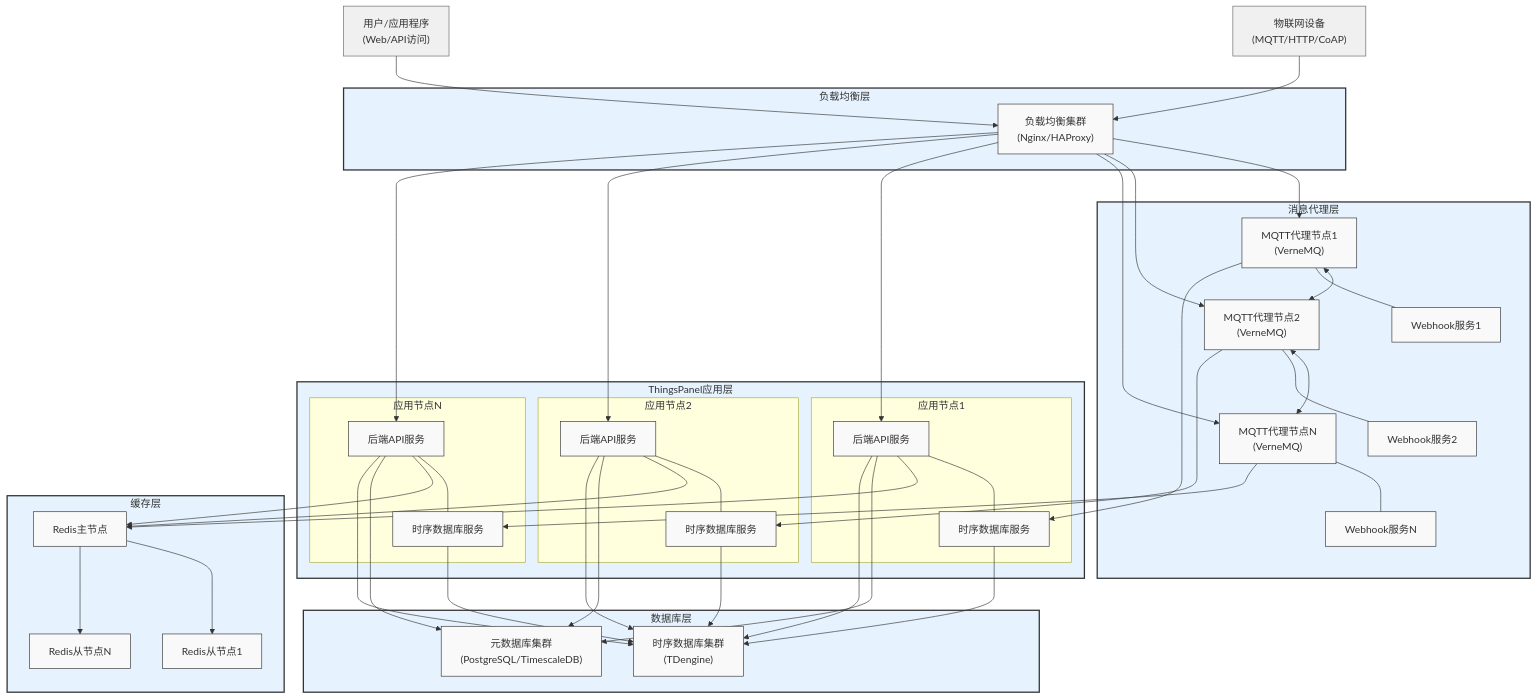
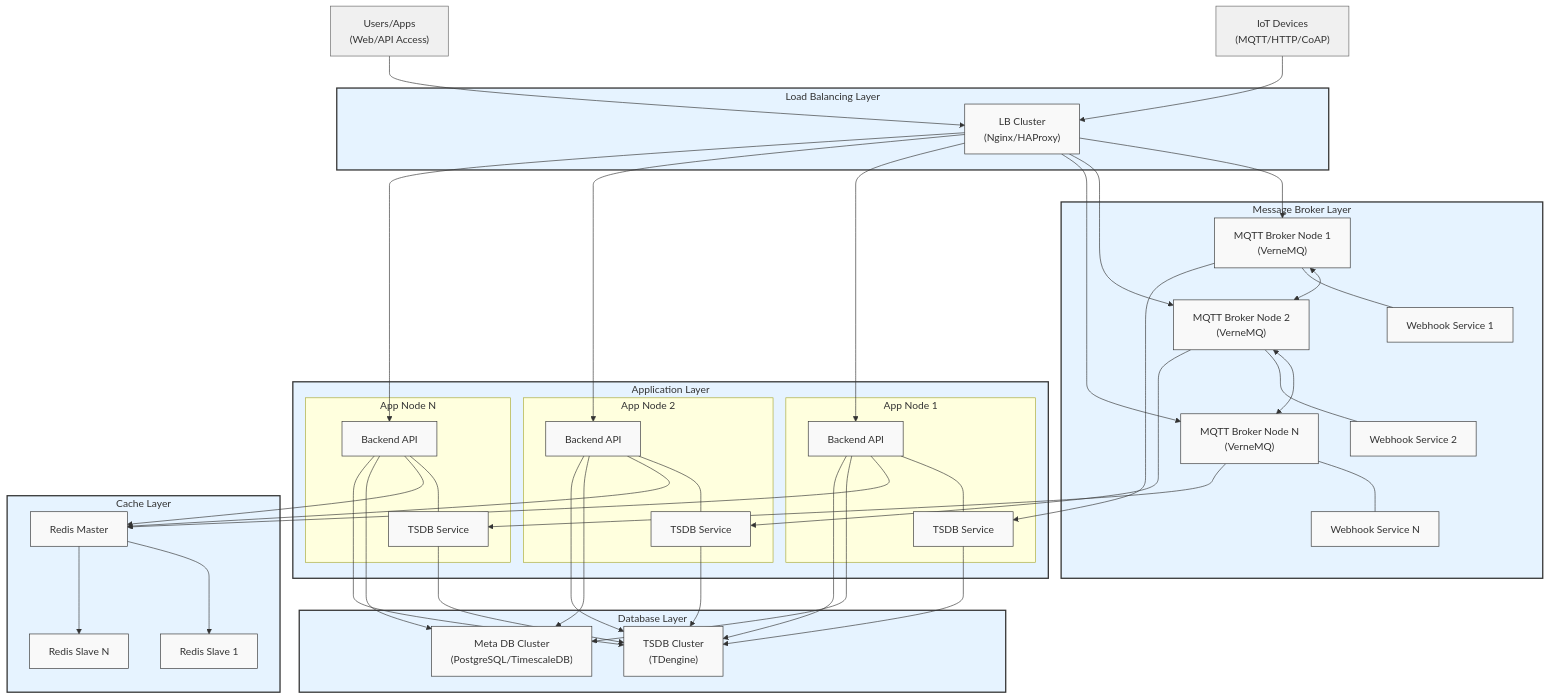
One commit to ThingsPanel/thingspanel.github.io changed the diagram in docs/installation/cluster_deploy.md. Above: the diagram before and after it, drawn with Mermaid. The commit also changed other lines of this file and 587 other files, not shown here.

````diff
--- a/docs/installation/cluster_deploy.md
+++ b/docs/installation/cluster_deploy.md
@@ -9,54 +9,54 @@
 ```mermaid
 flowchart TB
-    %% 外部连接
-    devices["物联网设备<br>(MQTT/HTTP/CoAP)"]
-    users["用户/应用程序<br>(Web/API访问)"]
+    %% External Connections
+    devices["IoT Devices<br>(MQTT/HTTP/CoAP)"]
+    users["Users/Apps<br>(Web/API Access)"]
 
-    %% 负载均衡层
-    subgraph LB["负载均衡层"]
-        lb["负载均衡集群<br>(Nginx/HAProxy)"]
+    %% Load Balancer Layer
+    subgraph LB["Load Balancing Layer"]
+        lb["LB Cluster<br>(Nginx/HAProxy)"]
     end
 
-    %% MQTT代理层
-    subgraph MB["消息代理层"]
-        mqtt1["MQTT代理节点1<br>(VerneMQ)"]
-        mqtt2["MQTT代理节点2<br>(VerneMQ)"]
-        mqtt3["MQTT代理节点N<br>(VerneMQ)"]
-        webhook1["Webhook服务1"]
-        webhook2["Webhook服务2"]
-        webhook3["Webhook服务N"]
+    %% Message Broker Layer
+    subgraph MB["Message Broker Layer"]
+        mqtt1["MQTT Broker Node 1<br>(VerneMQ)"]
+        mqtt2["MQTT Broker Node 2<br>(VerneMQ)"]
+        mqtt3["MQTT Broker Node N<br>(VerneMQ)"]
+        webhook1["Webhook Service 1"]
+        webhook2["Webhook Service 2"]
+        webhook3["Webhook Service N"]
     end
 
-    %% ThingsPanel应用层
-    subgraph APP["ThingsPanel应用层"]
-        subgraph TP1["应用节点1"]
-            api1["后端API服务"]
-            tdengine1["时序数据库服务"]
+    %% Application Layer
+    subgraph APP["Application Layer"]
+        subgraph TP1["App Node 1"]
+            api1["Backend API"]
+            tdengine1["TSDB Service"]
         end
-        subgraph TP2["应用节点2"]
-            api2["后端API服务"]
-            tdengine2["时序数据库服务"]
+        subgraph TP2["App Node 2"]
+            api2["Backend API"]
+            tdengine2["TSDB Service"]
         end
-        subgraph TP3["应用节点N"]
-            api3["后端API服务"]
-            tdengine3["时序数据库服务"]
+        subgraph TP3["App Node N"]
+            api3["Backend API"]
+            tdengine3["TSDB Service"]
         end
     end
 
-    %% 缓存层
-    subgraph CACHE["缓存层"]
-        redis1["Redis主节点"]
-        redis2["Redis从节点1"]
-        redis3["Redis从节点N"]
+    %% Cache Layer
+    subgraph CACHE["Cache Layer"]
+        redis1["Redis Master"]
+        redis2["Redis Slave 1"]
+        redis3["Redis Slave N"]
     end
 
-    %% 数据库层
-    subgraph DB["数据库层"]
-        td["时序数据库集群<br>(TDengine)"]
-        pg["元数据库集群<br>(PostgreSQL/TimescaleDB)"]
+    %% Database Layer
+    subgraph DB["Database Layer"]
+        td["TSDB Cluster<br>(TDengine)"]
+        pg["Meta DB Cluster<br>(PostgreSQL/TimescaleDB)"]
     end
 
-    %% 连接关系
+    %% Connections
     devices --> lb
     users --> lb
     lb --> mqtt1 & mqtt2 & mqtt3
@@ -83,7 +83,7 @@
     api1 & api2 & api3 --> pg
     api1 & api2 & api3 --> td
 
-    %% 样式
+    %% Styles
     classDef default fill:#f9f9f9,stroke:#333,stroke-width:1px
     classDef external fill:#f0f0f0,stroke:#666,stroke-width:1px
     classDef layer fill:#e6f3ff,stroke:#333,stroke-width:2px
````
